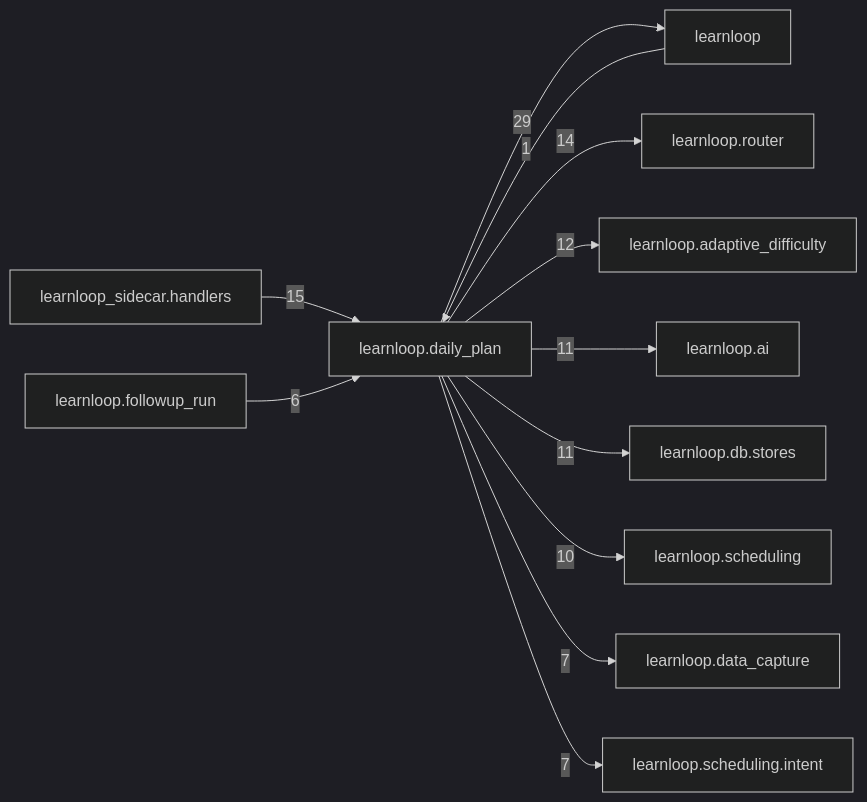
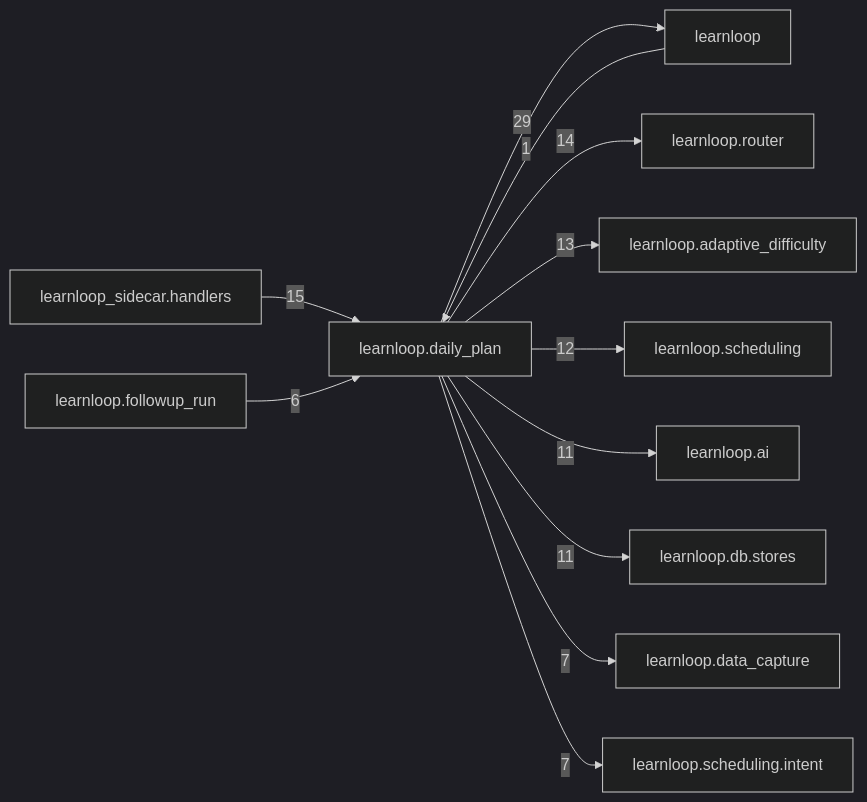
Before and after one commit to 6up-b/learnanything: the diagram in docs/learnloop-architecture-vault/Reference/Modules/learnloop/daily_plan/_package.md, drawn with Mermaid (dark theme). The commit also changed other lines of this file and 584 other files, not shown here.

````diff
--- a/docs/learnloop-architecture-vault/Reference/Modules/learnloop/daily_plan/_package.md
+++ b/docs/learnloop-architecture-vault/Reference/Modules/learnloop/daily_plan/_package.md
@@ -149,25 +150,25 @@
 ```mermaid
 flowchart LR
     center["learnloop.daily_plan"]
     n_learnloop["learnloop"]
     n_learnloop_sidecar_handlers["learnloop_sidecar.handlers"]
     n_learnloop_router["learnloop.router"]
     n_learnloop_adaptive_difficulty["learnloop.adaptive_difficulty"]
+    n_learnloop_scheduling["learnloop.scheduling"]
     n_learnloop_ai["learnloop.ai"]
     n_learnloop_db_stores["learnloop.db.stores"]
-    n_learnloop_scheduling["learnloop.scheduling"]
     n_learnloop_data_capture["learnloop.data_capture"]
     n_learnloop_scheduling_intent["learnloop.scheduling.intent"]
     n_learnloop_followup_run["learnloop.followup_run"]
     n_learnloop -->|1| center
     center -->|29| n_learnloop
     n_learnloop_sidecar_handlers -->|15| center
     center -->|14| n_learnloop_router
-    center -->|12| n_learnloop_adaptive_difficulty
+    center -->|13| n_learnloop_adaptive_difficulty
+    center -->|12| n_learnloop_scheduling
     center -->|11| n_learnloop_ai
     center -->|11| n_learnloop_db_stores
-    center -->|10| n_learnloop_scheduling
     center -->|7| n_learnloop_data_capture
     center -->|7| n_learnloop_scheduling_intent
     n_learnloop_followup_run -->|6| center
 ```
````
